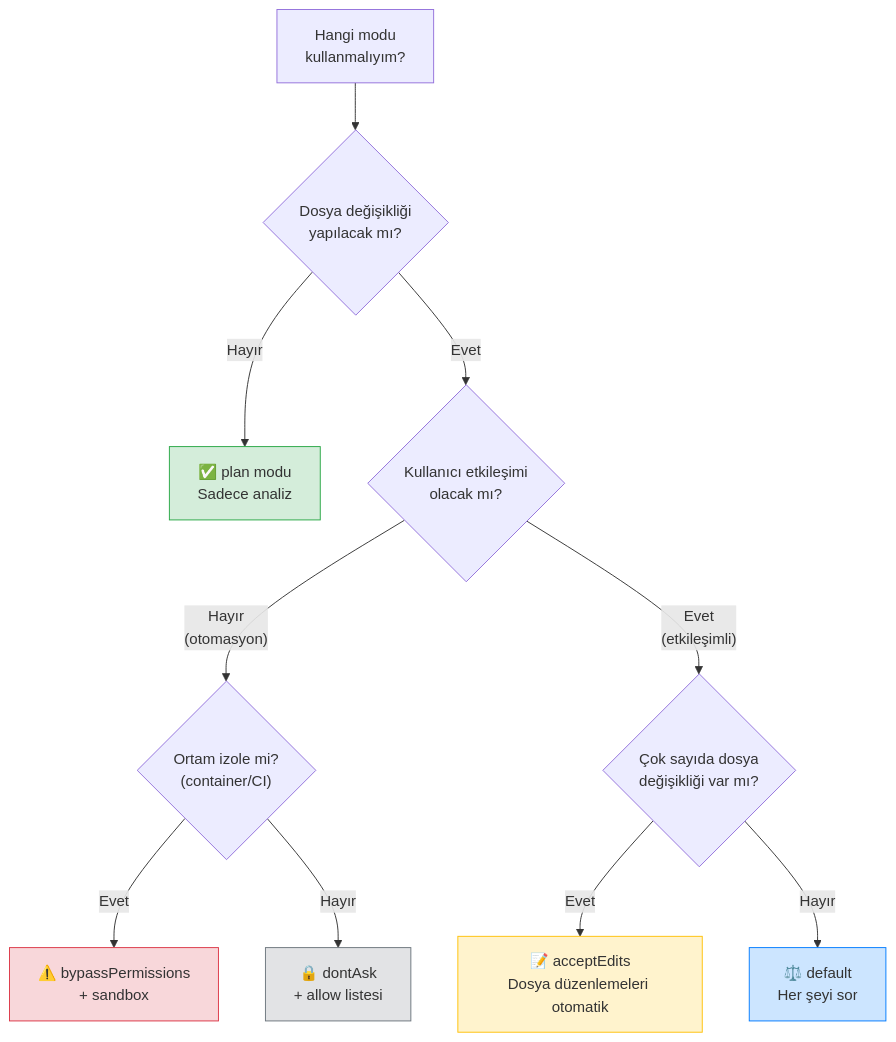
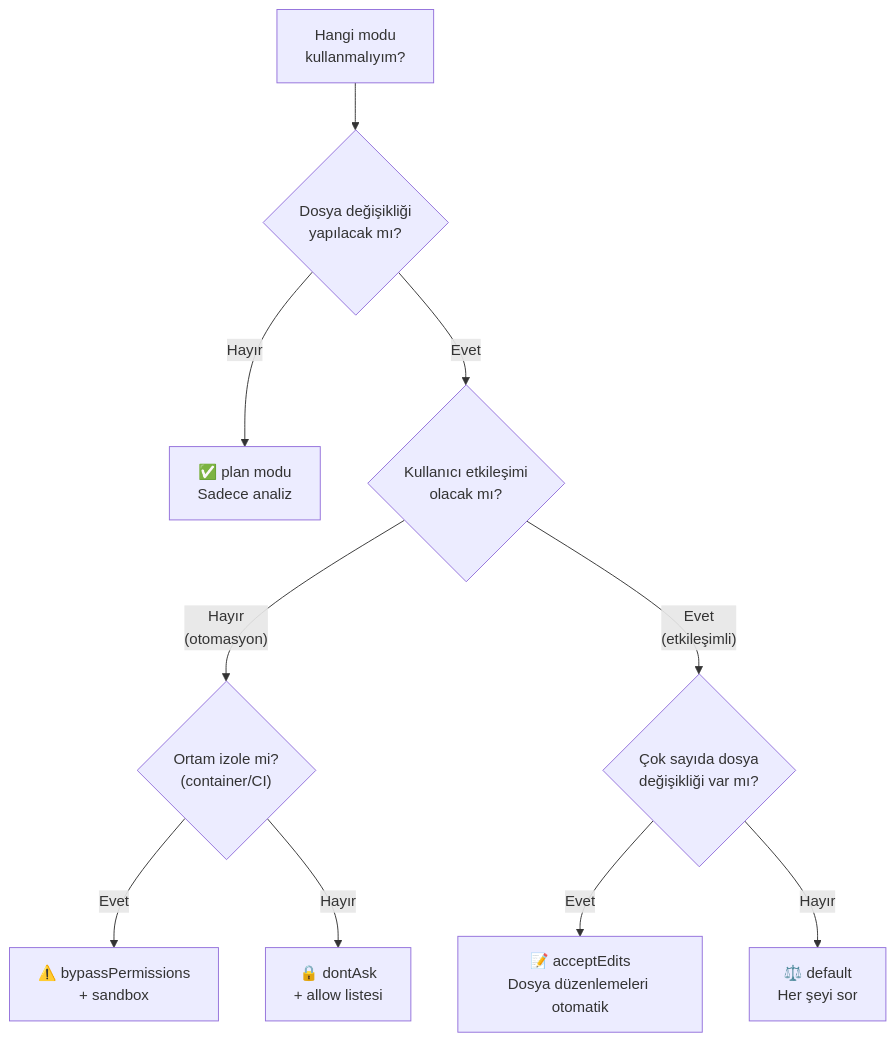
The second of 2 diagrams in 10-izinler-ve-guvenlik/03-izin-modlari.md (IzzetYasinAtes/ClaudeCodeHandbook), drawn with Mermaid before and after one commit. The commit also changed 97 other files, not shown here.

Commit message:
Remove all custom Mermaid style/fill colors from 98 markdown files for consistent dark theme rendering

````diff
--- a/10-izinler-ve-guvenlik/03-izin-modlari.md
+++ b/10-izinler-ve-guvenlik/03-izin-modlari.md
@@ -221,24 +221,19 @@
 ```mermaid
 flowchart TD
     START["Hangi modu<br/>kullanmalıyım?"] --> Q1{"Dosya değişikliği<br/>yapılacak mı?"}
 
     Q1 -->|"Hayır"| PLAN["✅ plan modu<br/>Sadece analiz"]
 
     Q1 -->|"Evet"| Q2{"Kullanıcı etkileşimi<br/>olacak mı?"}
 
     Q2 -->|"Hayır<br/>(otomasyon)"| Q3{"Ortam izole mi?<br/>(container/CI)"}
 
     Q3 -->|"Evet"| BYPASS["⚠️ bypassPermissions<br/>+ sandbox"]
     Q3 -->|"Hayır"| DONTASK["🔒 dontAsk<br/>+ allow listesi"]
 
     Q2 -->|"Evet<br/>(etkileşimli)"| Q4{"Çok sayıda dosya<br/>değişikliği var mı?"}
 
     Q4 -->|"Evet"| ACCEPT["📝 acceptEdits<br/>Dosya düzenlemeleri otomatik"]
     Q4 -->|"Hayır"| DEFAULT["⚖️ default<br/>Her şeyi sor"]
 
-    style PLAN fill:#d4edda,stroke:#28a745
-    style DEFAULT fill:#cce5ff,stroke:#007bff
-    style ACCEPT fill:#fff3cd,stroke:#ffc107
-    style DONTASK fill:#e2e3e5,stroke:#6c757d
-    style BYPASS fill:#f8d7da,stroke:#dc3545
 ```
````
